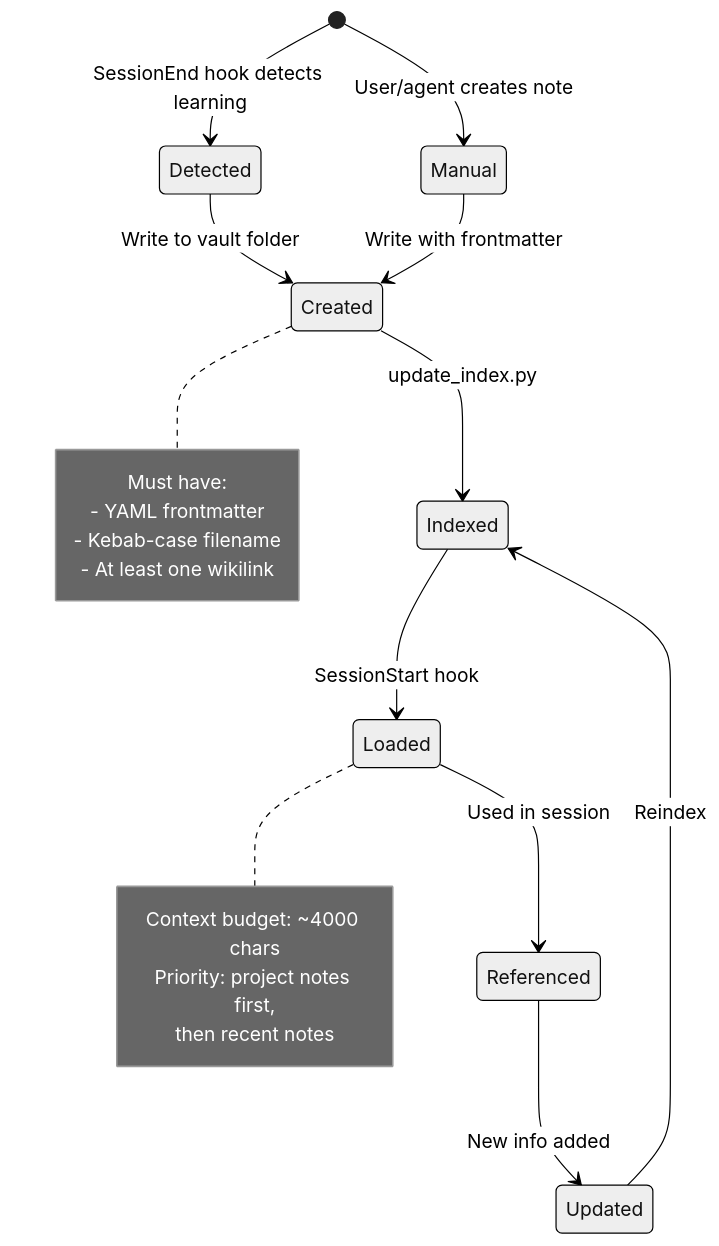
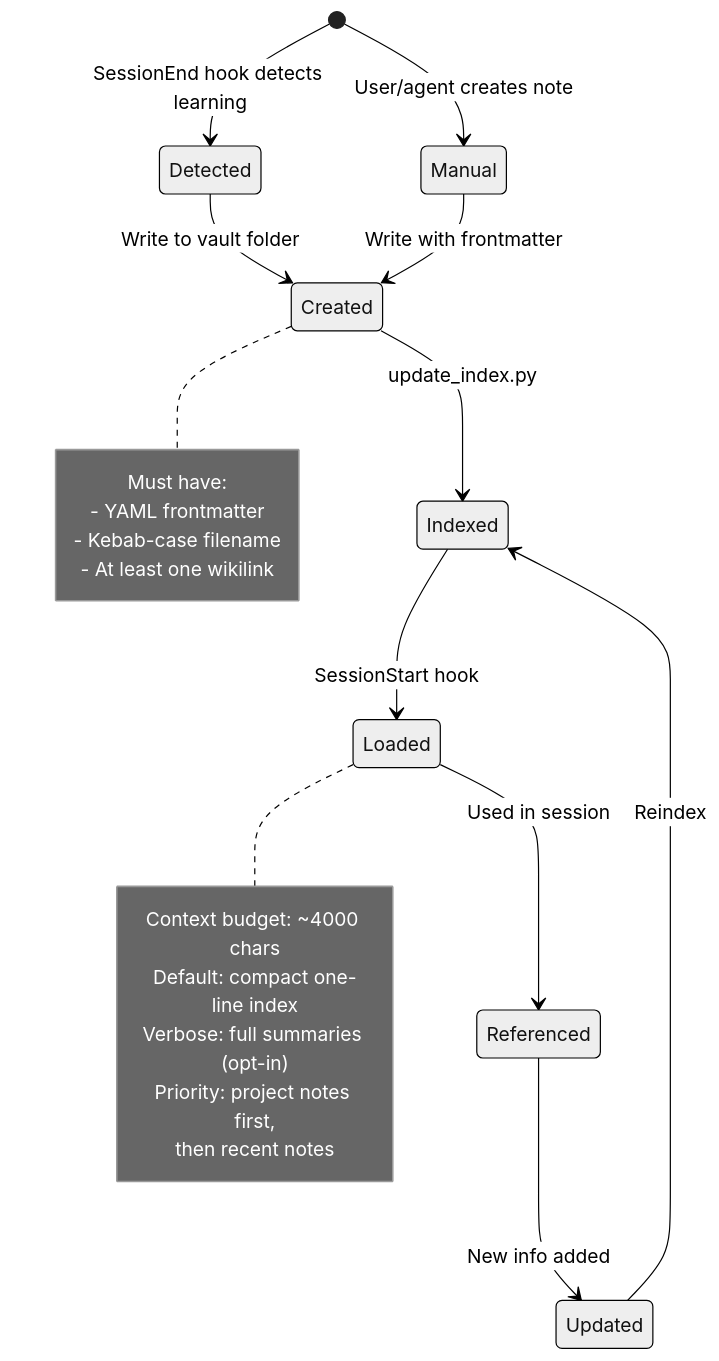
One commit to paulrobello/parsidion changed the fourth of 4 diagrams in docs/ARCHITECTURE.md. Above: the diagram before and after it, drawn with Mermaid (neutral theme). The commit also changed other lines of this file, not shown here.

First line of the commit message:
docs(architecture): update for all new features

````diff
--- a/docs/ARCHITECTURE.md
+++ b/docs/ARCHITECTURE.md
@@ -716,25 +733,27 @@
 ```mermaid
 stateDiagram-v2
     [*] --> Detected: SessionEnd hook detects learning
     [*] --> Manual: User/agent creates note
     Detected --> Created: Write to vault folder
     Manual --> Created: Write with frontmatter
     Created --> Indexed: update_index.py
     Indexed --> Loaded: SessionStart hook
     Loaded --> Referenced: Used in session
     Referenced --> Updated: New info added
     Updated --> Indexed: Reindex
 
     note right of Created
         Must have:
         - YAML frontmatter
         - Kebab-case filename
         - At least one wikilink
     end note
 
     note right of Loaded
         Context budget: ~4000 chars
+        Default: compact one-line index
+        Verbose: full summaries (opt-in)
         Priority: project notes first,
         then recent notes
     end note
 ```
````
